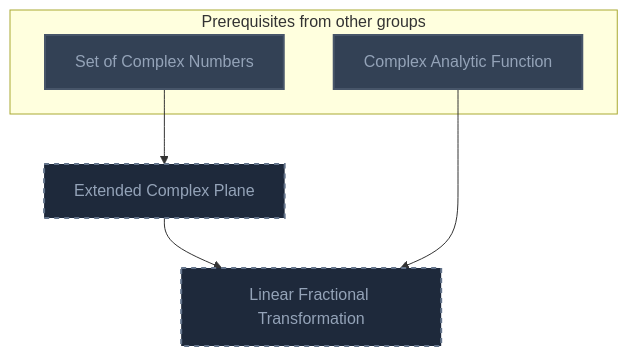
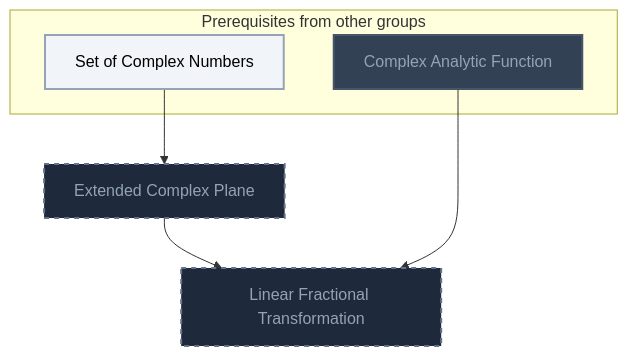
Diagram 14 of 19 in Gamification/Skill Trees/Complex Analysis.md (MRauf1/My-Notes), drawn with Mermaid before and after one commit. The commit also changed other lines of this file and 57 other files, not shown here.

````diff
--- a/Gamification/Skill Trees/Complex Analysis.md
+++ b/Gamification/Skill Trees/Complex Analysis.md
@@ -566,24 +567,25 @@
 ```mermaid
 flowchart TD
     classDef planned fill:#1E293B,stroke:#64748B,stroke-width:2px,stroke-dasharray:5 5,color:#94A3B8;
     classDef locked fill:#334155,stroke:#475569,stroke-width:2px,color:#94A3B8;
     classDef L0 fill:#F1F5F9,stroke:#94A3B8,stroke-width:2px,color:#000000;
     classDef L1 fill:#22C55E,stroke:#15803D,stroke-width:2px,color:#000000;
     classDef L2 fill:#3B82F6,stroke:#1D4ED8,stroke-width:3px,color:#FFFFFF;
     classDef L3 fill:#A855F7,stroke:#6B21A8,stroke-width:3px,color:#FFFFFF,font-weight:bold;
     classDef L4 fill:#F97316,stroke:#C2410C,stroke-width:4px,color:#000000,font-weight:bold;
     classDef L5 fill:#FFD700,stroke:#FF8C00,stroke-width:5px,color:#000000,font-weight:bold;
     classDef rusty stroke:#8B4513,stroke-width:4px,stroke-dasharray:3 3;
     subgraph sg_prereqs["Prerequisites from other groups"]
         n_set_of_complex_numbers["Set of Complex Numbers"]
         n_complex_analytic_function["Complex Analytic Function"]
     end
     n_extended_complex_plane["Extended Complex Plane"]
     n_linear_fractional_transformation["Linear Fractional Transformation"]
     n_set_of_complex_numbers --> n_extended_complex_plane
     n_extended_complex_plane --> n_linear_fractional_transformation
     n_complex_analytic_function --> n_linear_fractional_transformation
     class n_extended_complex_plane,n_linear_fractional_transformation planned;
-    class n_set_of_complex_numbers,n_complex_analytic_function locked;
+    class n_complex_analytic_function locked;
+    class n_set_of_complex_numbers L0;
     class n_set_of_complex_numbers,n_complex_analytic_function internal-link;
 ```
````
